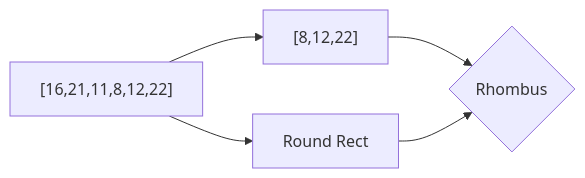
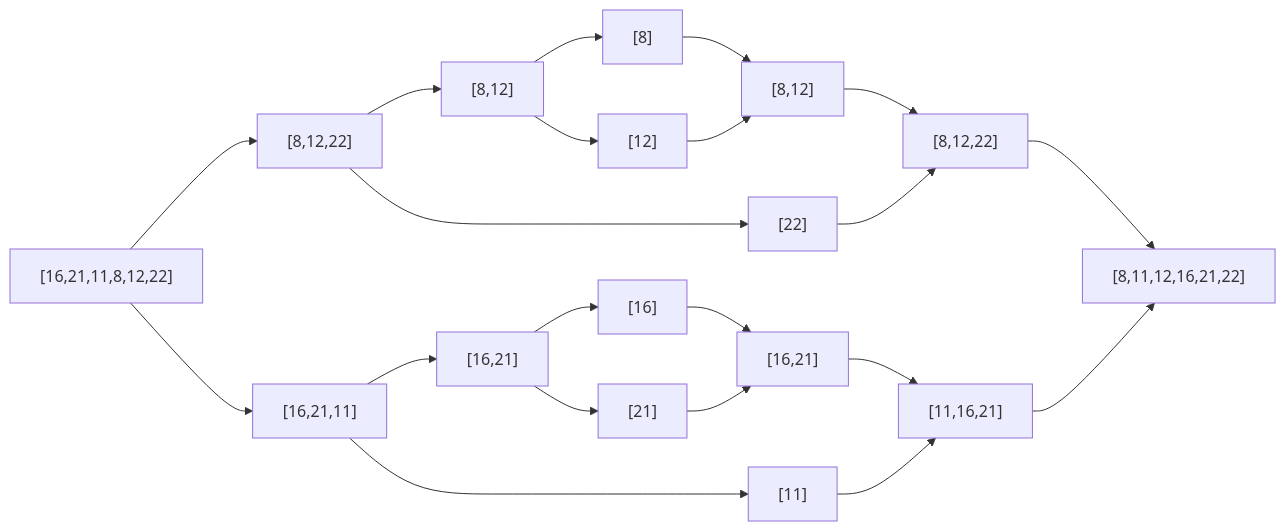
Before and after one commit to Altaner/Merge-Sort: the diagram in solving.md, drawn with Mermaid. The commit also changed other lines of this file, not shown here.

Commit message:
completed the task

````diff
--- a/solving.md
+++ b/solving.md
@@ -1,7 +5,23 @@
 ```mermaid
 graph LR
 A["[16,21,11,8,12,22]"] --> B["[8,12,22]"]
-A --> C[Round Rect]
-B --> D{Rhombus}
-C --> D
+A --> C["[16,21,11]"]
+C --> E["[11]"]
+C --> D["[16,21]"]
+D --> F["[21]"]
+D --> G["[16]"]
+B --> I["[22]"]
+B --> H["[8,12]"]
+H --> J["[12]"]
+H --> K["[8]"]
+G --> L["[16,21]"]
+F --> L
+L --> M["[11,16,21]"]
+E --> M
+K --> N["[8,12]"]
+J --> N
+N --> O["[8,12,22]"]
+I --> O
+O --> P["[8,11,12,16,21,22]"]
+M --> P
 ```
````
